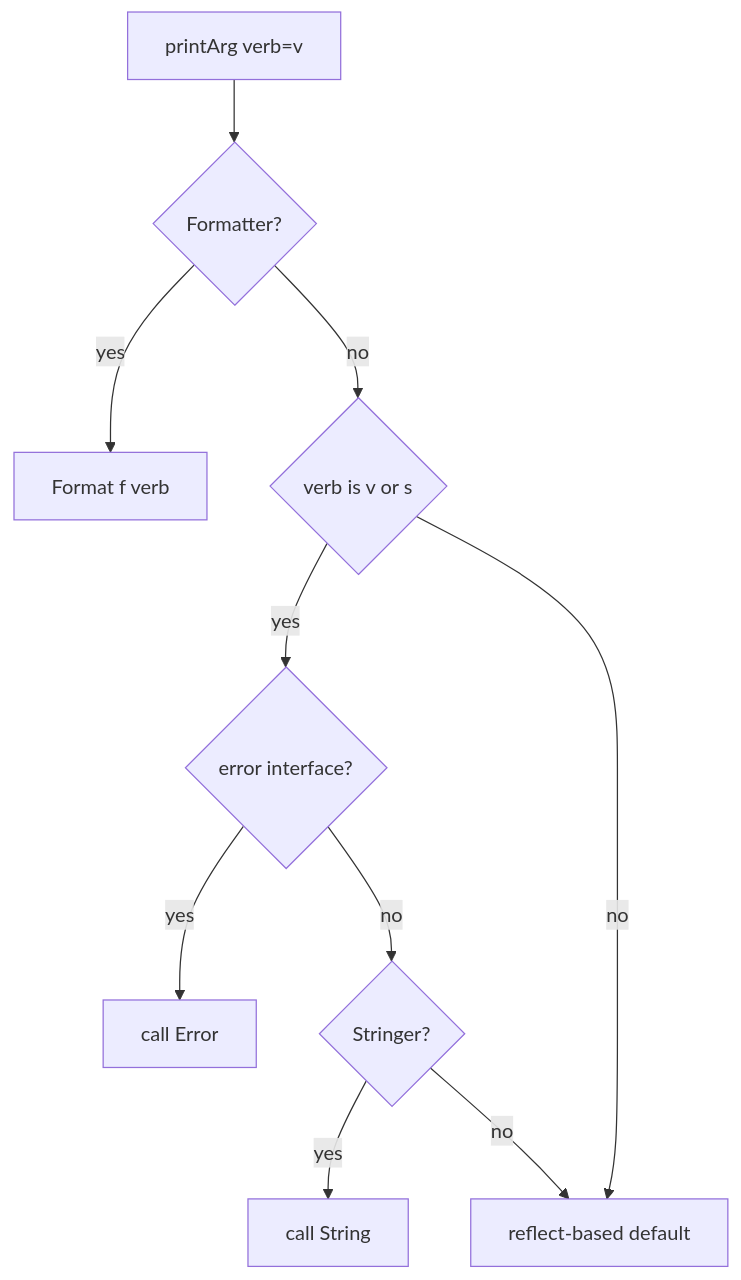
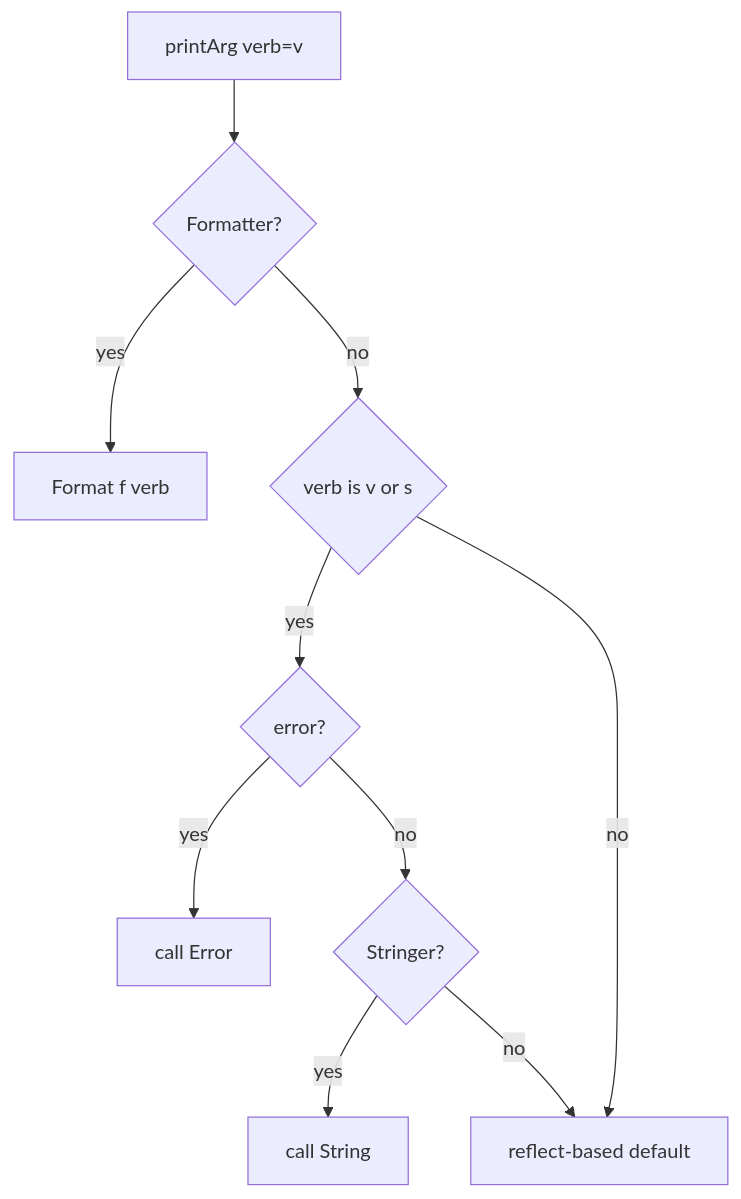
One commit to BakhodiribnYashinibnMansur/SeniorProject changed the diagram in Roadmap/Programming-Languages/golang/08-standard-library/18-fmt/senior.md. Above: the diagram before and after it, drawn with Mermaid. The commit also changed other lines of this file and 8 other files, not shown here.

````diff
--- a/Roadmap/Programming-Languages/golang/08-standard-library/18-fmt/senior.md
+++ b/Roadmap/Programming-Languages/golang/08-standard-library/18-fmt/senior.md
@@ -849,12 +635,12 @@
 ```mermaid
 flowchart TD
     A[printArg verb=v] --> B{Formatter?}
     B -- yes --> C[Format f verb]
     B -- no --> D{verb is v or s}
-    D -- yes --> E{error interface?}
+    D -- yes --> E{error?}
     E -- yes --> F[call Error]
     E -- no --> G{Stringer?}
     G -- yes --> H[call String]
     G -- no --> I[reflect-based default]
     D -- no --> I
 ```
````
